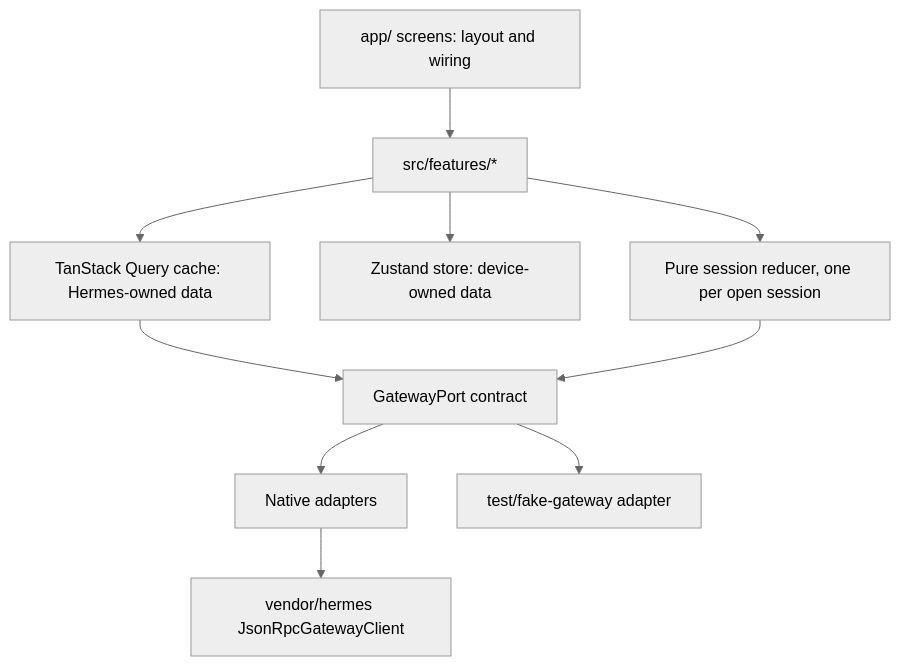
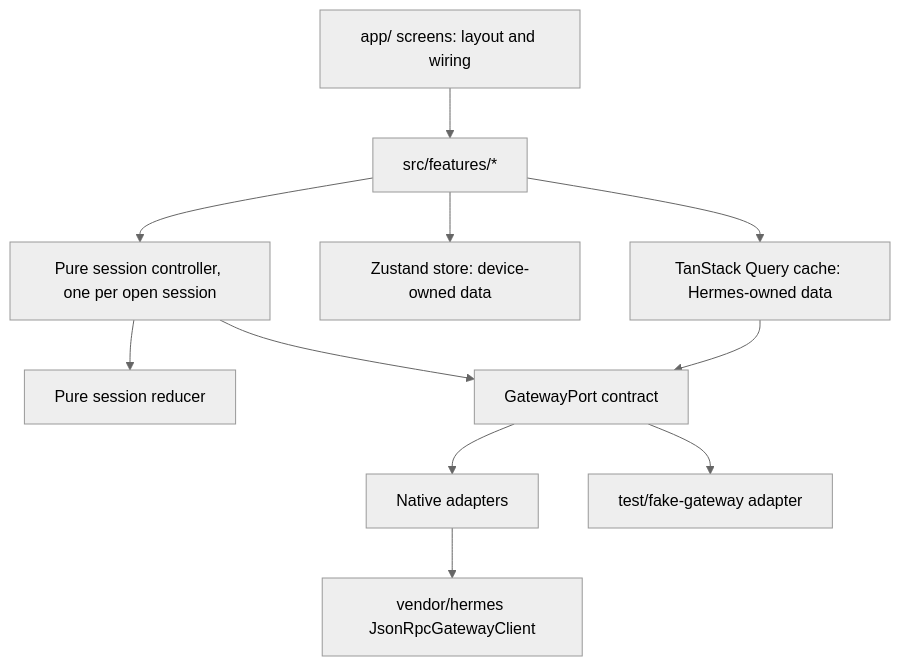
Before and after one commit to jopmiddelkamp/hermes-ergates: the second of 2 diagrams in docs/03-technical-design.md, drawn with Mermaid (neutral theme). The commit also changed other lines of this file and 9 other files, not shown here.

````diff
--- a/docs/03-technical-design.md
+++ b/docs/03-technical-design.md
@@ -75,12 +75,13 @@
 ```mermaid
 flowchart TB
   APP[app/ screens: layout and wiring] --> FEAT[src/features/*]
   FEAT --> QRY[TanStack Query cache: Hermes-owned data]
   FEAT --> STORE[Zustand store: device-owned data]
-  FEAT --> RED[Pure session reducer, one per open session]
+  FEAT --> CTRL[Pure session controller, one per open session]
+  CTRL --> RED[Pure session reducer]
   QRY --> PORT[GatewayPort contract]
-  RED --> PORT
+  CTRL --> PORT
   PORT --> REAL[Native adapters]
   PORT --> FAKE[test/fake-gateway adapter]
   REAL --> VEND[vendor/hermes JsonRpcGatewayClient]
 ```
````
